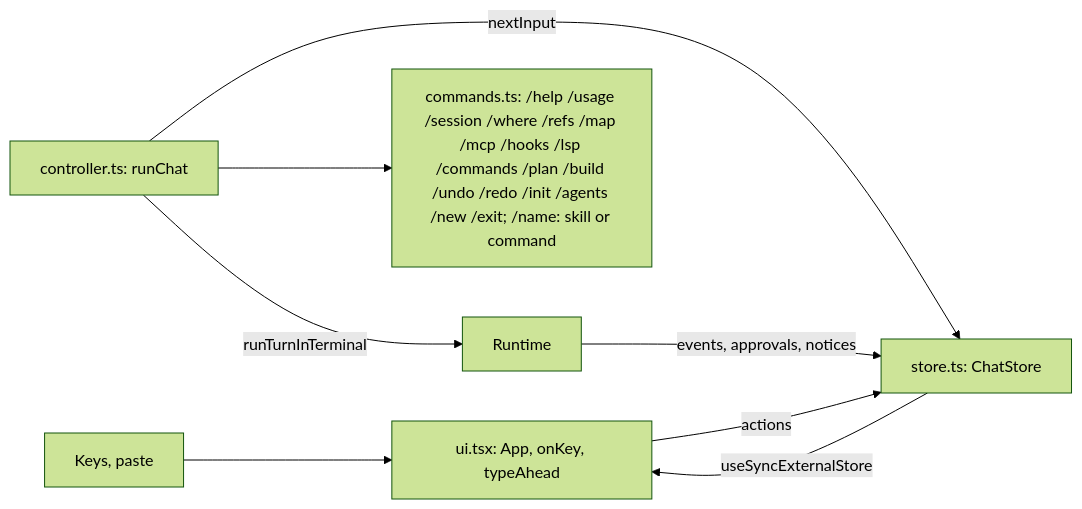
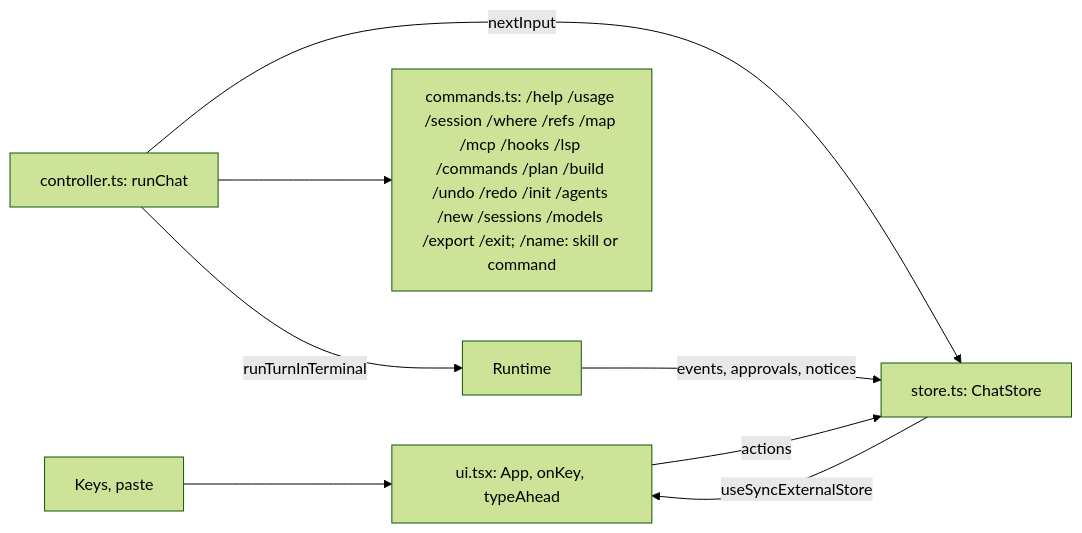
One commit to madhu-sv/garuda changed the diagram in docs/lld/cli.md. Above: the diagram before and after it, drawn with Mermaid (forest theme). The commit also changed other lines of this file and 17 other files, not shown here.

First line of the commit message:
feat(chat): /sessions, /models, /export (0.6)

````diff
--- a/docs/lld/cli.md
+++ b/docs/lld/cli.md
@@ -111,10 +111,10 @@
 ```mermaid
 flowchart LR
   keys[Keys, paste] --> ui[ui.tsx: App, onKey, typeAhead]
   ui -->|actions| store[store.ts: ChatStore]
   store -->|useSyncExternalStore| ui
   ctrl[controller.ts: runChat] -->|nextInput| store
-  ctrl --> cmds[commands.ts: /help /usage /session /where /refs /map /mcp /hooks /lsp /commands /plan /build /undo /redo /init /agents /new /exit; /name: skill or command]
+  ctrl --> cmds[commands.ts: /help /usage /session /where /refs /map /mcp /hooks /lsp /commands /plan /build /undo /redo /init /agents /new /sessions /models /export /exit; /name: skill or command]
   ctrl -->|runTurnInTerminal| rt[Runtime]
   rt -->|events, approvals, notices| store
 ```
````
